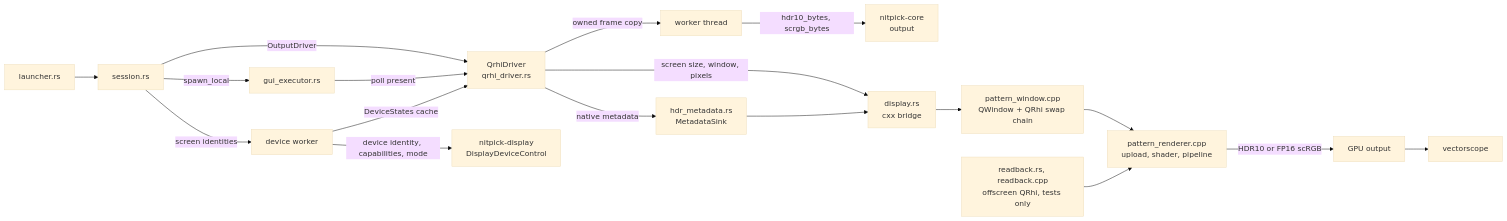
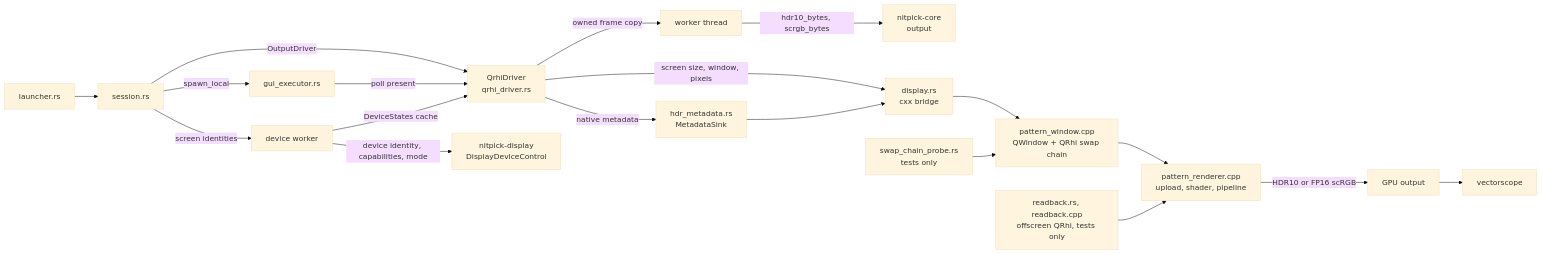
Before and after one commit to Jamesits/nitpick: the first of 2 diagrams in doc/design/output_driver/qt.md, drawn with Mermaid (base theme). The commit also changed other lines of this file and 15 other files, not shown here.

Commit message:
test(app): verify QRhi swap-chain setup and failure handling

````diff
--- a/doc/design/output_driver/qt.md
+++ b/doc/design/output_driver/qt.md
@@ -7,17 +7,18 @@
 ```mermaid
 graph LR
     L[launcher.rs] --> S[session.rs]
     S -->|OutputDriver| Q[QrhiDriver<br/>qrhi_driver.rs]
     S -->|spawn_local| E[gui_executor.rs] -->|poll present| Q
     S -->|screen identities| R[device worker] -->|DeviceStates cache| Q
     Q -->|owned frame copy| J[worker thread]
     J -->|hdr10_bytes, scrgb_bytes| O
     O[nitpick-core<br/>output]
     Q -->|screen size, window, pixels| D[display.rs<br/>cxx bridge]
     Q -->|native metadata| M[hdr_metadata.rs<br/>MetadataSink] --> D
     R -->|device identity, capabilities, mode| N[nitpick-display<br/>DisplayDeviceControl]
     D --> W[pattern_window.cpp<br/>QWindow + QRhi swap chain]
     W --> PR[pattern_renderer.cpp<br/>upload, shader, pipeline]
     PR -->|HDR10 or FP16 scRGB| GPU[GPU output] --> Scope[vectorscope]
     RB[readback.rs, readback.cpp<br/>offscreen QRhi, tests only] --> PR
+    P[swap_chain_probe.rs<br/>tests only] --> W
 ```
````
